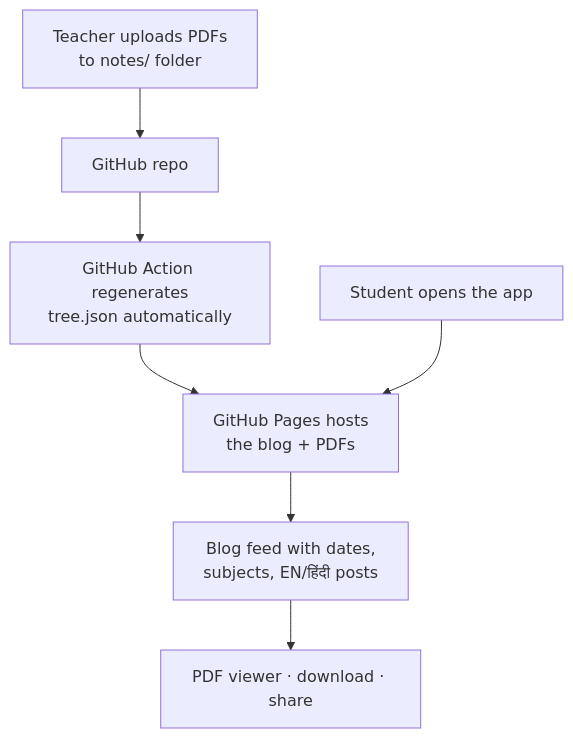
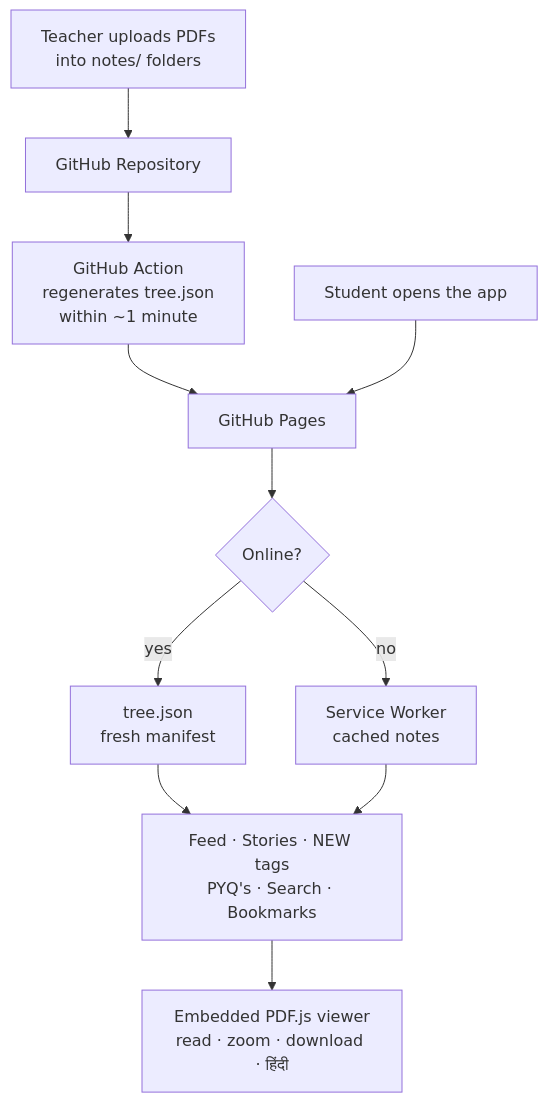
Before and after one commit to VinaySoni-IN/Notes-Sathi: the first of 5 diagrams in README.md, drawn with Mermaid. The commit also changed other lines of this file, not shown here.

````diff
--- a/README.md
+++ b/README.md
@@ -90,9 +129,13 @@
 ```mermaid
 flowchart TD
-    T[Teacher uploads PDFs<br/>to notes/ folder] --> G[GitHub repo]
-    G --> A[GitHub Action regenerates<br/>tree.json automatically]
-    A --> P[GitHub Pages hosts<br/>the blog + PDFs]
-    S[Student opens the app] --> P
-    P --> R[Blog feed with dates,<br/>subjects, EN/हिंदी posts]
-    R --> V[PDF viewer · download · share]
+    T[Teacher uploads PDFs<br/>into notes/ folders] --> R[GitHub Repository]
+    R --> A[GitHub Action<br/>regenerates tree.json<br/>within ~1 minute]
+    A --> GH[GitHub Pages]
+    S[Student opens the app] --> GH
+    GH --> D{Online?}
+    D -->|yes| F[tree.json<br/>fresh manifest]
+    D -->|no| C[Service Worker<br/>cached notes]
+    F --> H[Feed · Stories · NEW tags<br/>PYQ's · Search · Bookmarks]
+    C --> H
+    H --> V[Embedded PDF.js viewer<br/>read · zoom · download · हिंदी]
 ```
````
